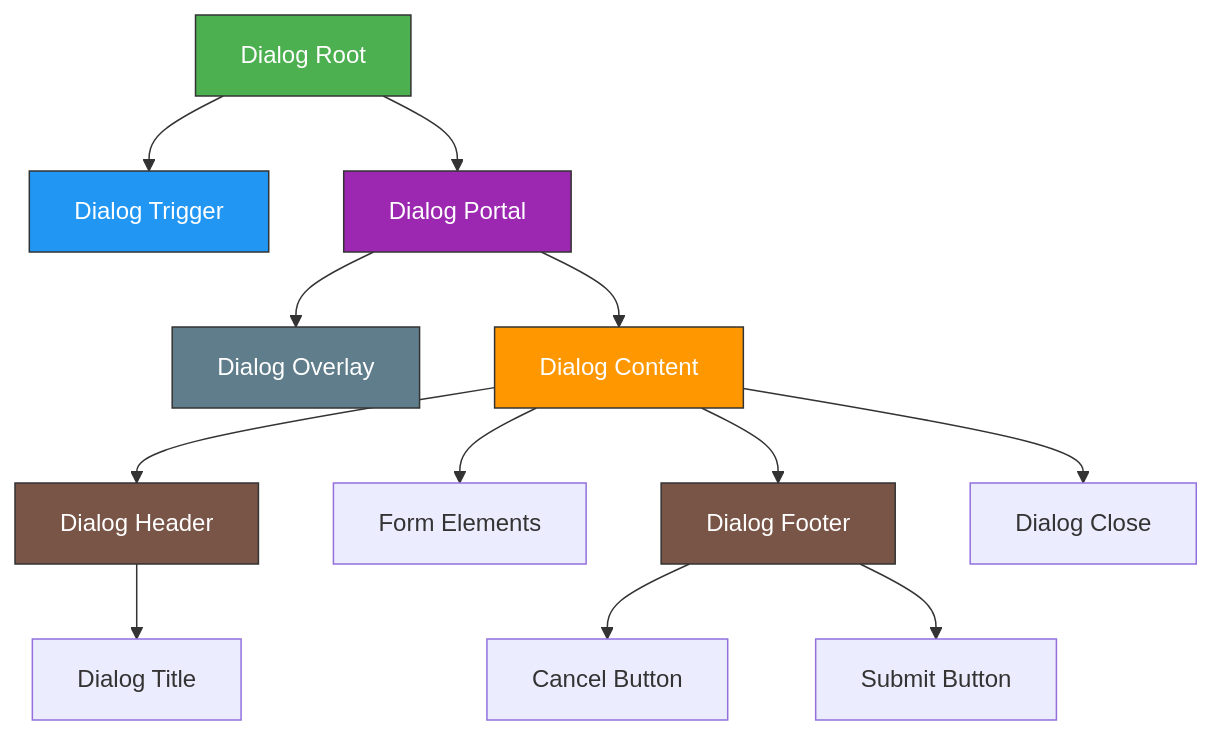
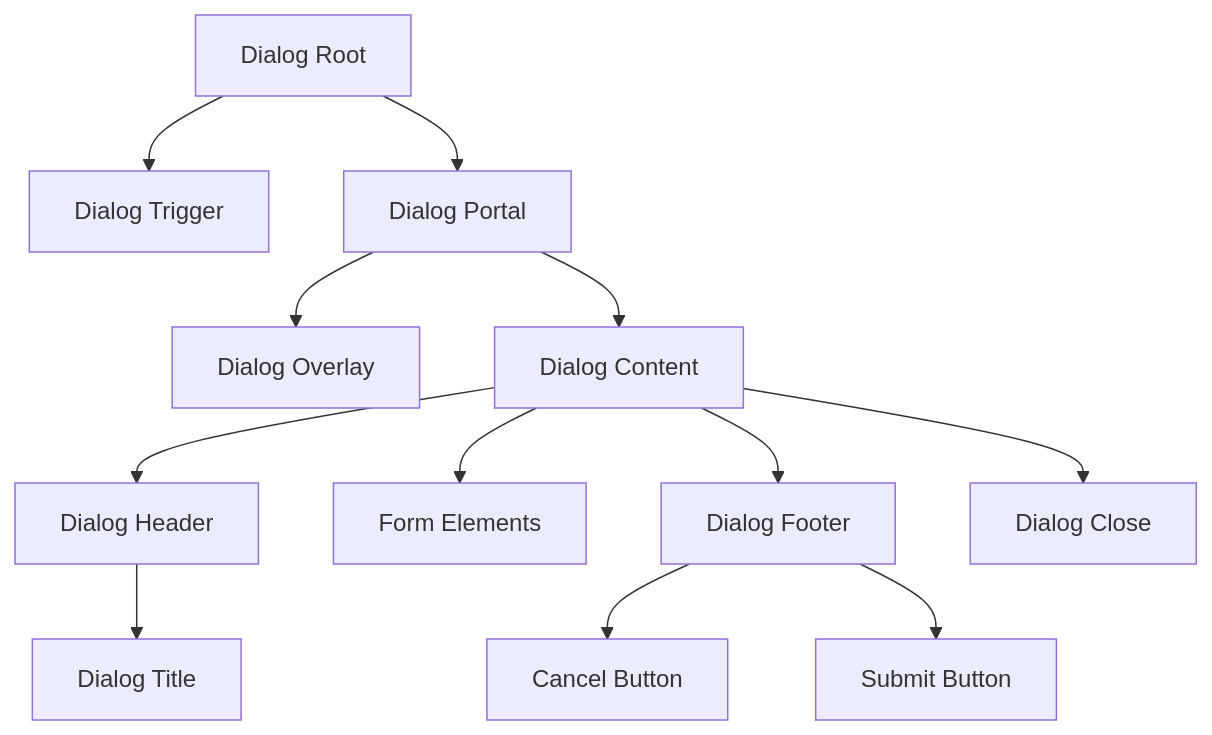
The fifth of 13 diagrams in .qoder/repowiki/en/content/Component Reference/UI Component Library/Dialog & Drawer Components.md (mohjak/sc-dof), drawn with Mermaid before and after one commit. The commit also changed other lines of this file and 68 other files, not shown here.

First line of the commit message:
docs(docs): update component architecture docs with markdown formatting fixes

````diff
--- a/.qoder/repowiki/en/content/Component Reference/UI Component Library/Dialog & Drawer Components.md
+++ b/.qoder/repowiki/en/content/Component Reference/UI Component Library/Dialog & Drawer Components.md
@@ -155,21 +153,14 @@
 ```mermaid
 flowchart TD
 DialogRoot[Dialog Root] --> DialogTrigger[Dialog Trigger]
 DialogRoot --> DialogPortal[Dialog Portal]
 DialogPortal --> DialogOverlay[Dialog Overlay]
 DialogPortal --> DialogContent[Dialog Content]
 DialogContent --> DialogHeader[Dialog Header]
 DialogHeader --> DialogTitle[Dialog Title]
 DialogContent --> FormContent[Form Elements]
 DialogContent --> DialogFooter[Dialog Footer]
 DialogFooter --> CancelButton[Cancel Button]
 DialogFooter --> SubmitButton[Submit Button]
 DialogContent --> CloseButton[Dialog Close]
-style DialogRoot fill:#4CAF50,stroke:#333,color:white
-style DialogTrigger fill:#2196F3,stroke:#333,color:white
-style DialogPortal fill:#9C27B0,stroke:#333,color:white
-style DialogOverlay fill:#607D8B,stroke:#333,color:white
-style DialogContent fill:#FF9800,stroke:#333,color:white
-style DialogHeader fill:#795548,stroke:#333,color:white
-style DialogFooter fill:#795548,stroke:#333,color:white
 ```
````
